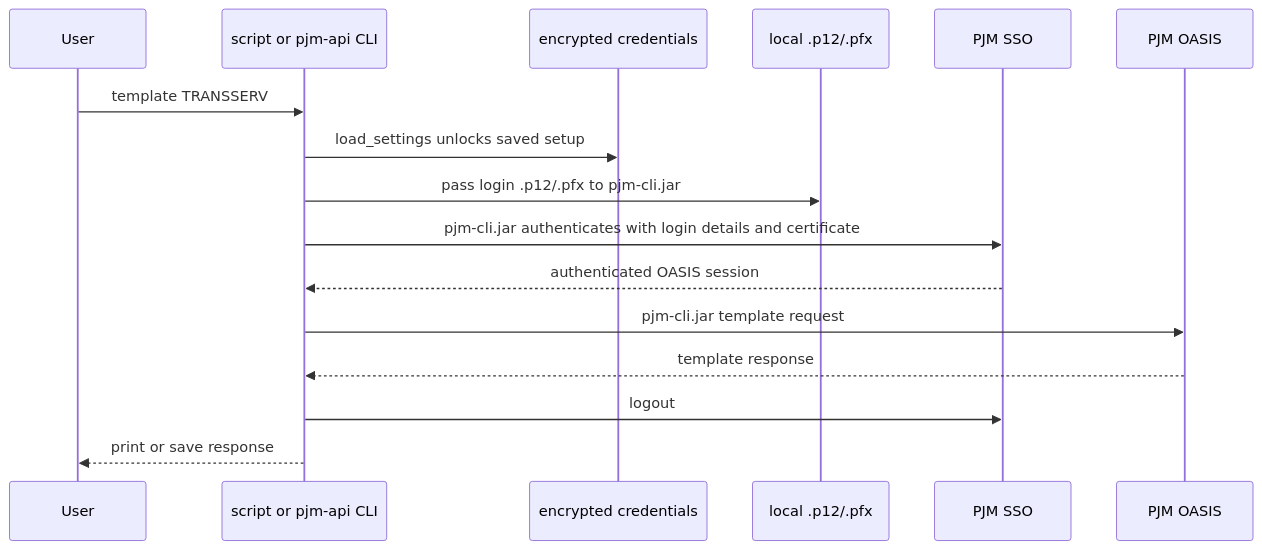
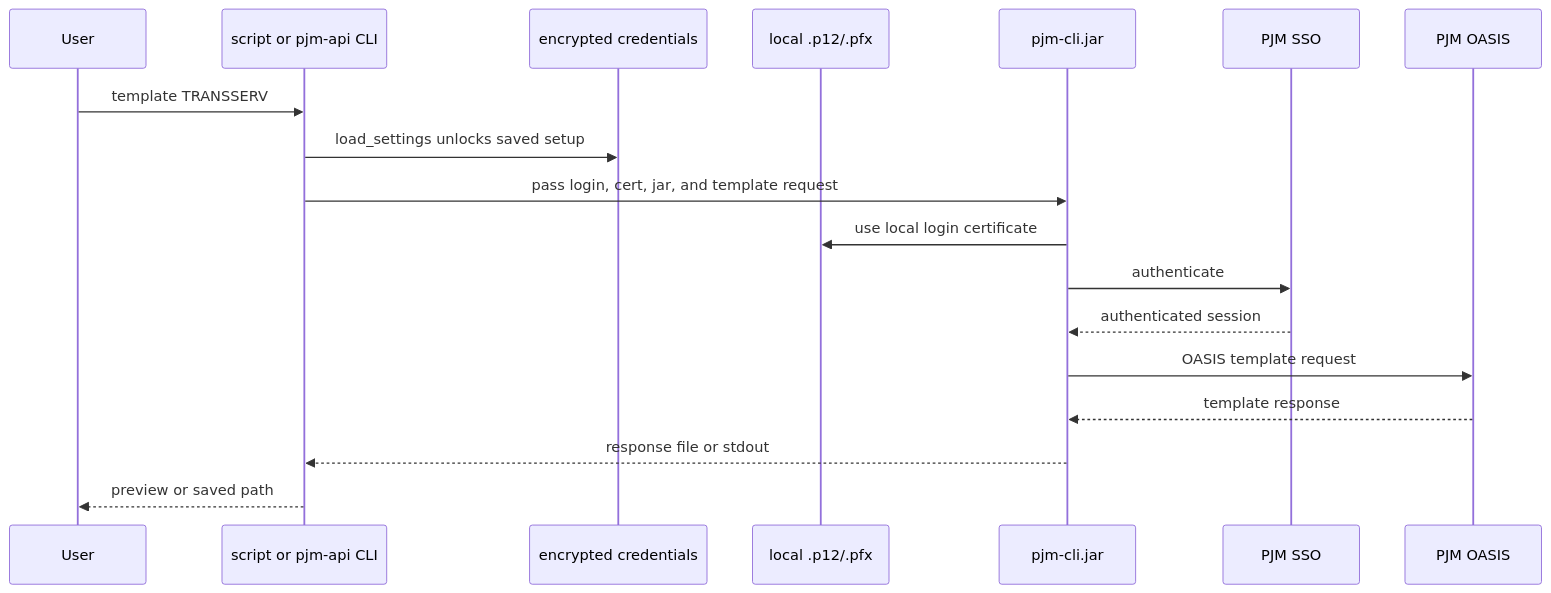
Before and after one commit to willschenk/pjm-api: the third of 3 diagrams in README.md, drawn with Mermaid. The commit also changed other lines of this file and 2 other files, not shown here.

````diff
--- a/README.md
+++ b/README.md
@@ -131,19 +111,21 @@
 ```mermaid
 sequenceDiagram
     participant User
     participant App as script or pjm-api CLI
     participant Store as encrypted credentials
     participant Cert as local .p12/.pfx
+    participant CLI as pjm-cli.jar
     participant SSO as PJM SSO
     participant OASIS as PJM OASIS
 
     User->>App: template TRANSSERV
     App->>Store: load_settings unlocks saved setup
-    App->>Cert: pass login .p12/.pfx to pjm-cli.jar
-    App->>SSO: pjm-cli.jar authenticates with login details and certificate
-    SSO-->>App: authenticated OASIS session
-    App->>OASIS: pjm-cli.jar template request
-    OASIS-->>App: template response
-    App->>SSO: logout
-    App-->>User: print or save response
+    App->>CLI: pass login, cert, jar, and template request
+    CLI->>Cert: use local login certificate
+    CLI->>SSO: authenticate
+    SSO-->>CLI: authenticated session
+    CLI->>OASIS: OASIS template request
+    OASIS-->>CLI: template response
+    CLI-->>App: response file or stdout
+    App-->>User: preview or saved path
 ```
````
